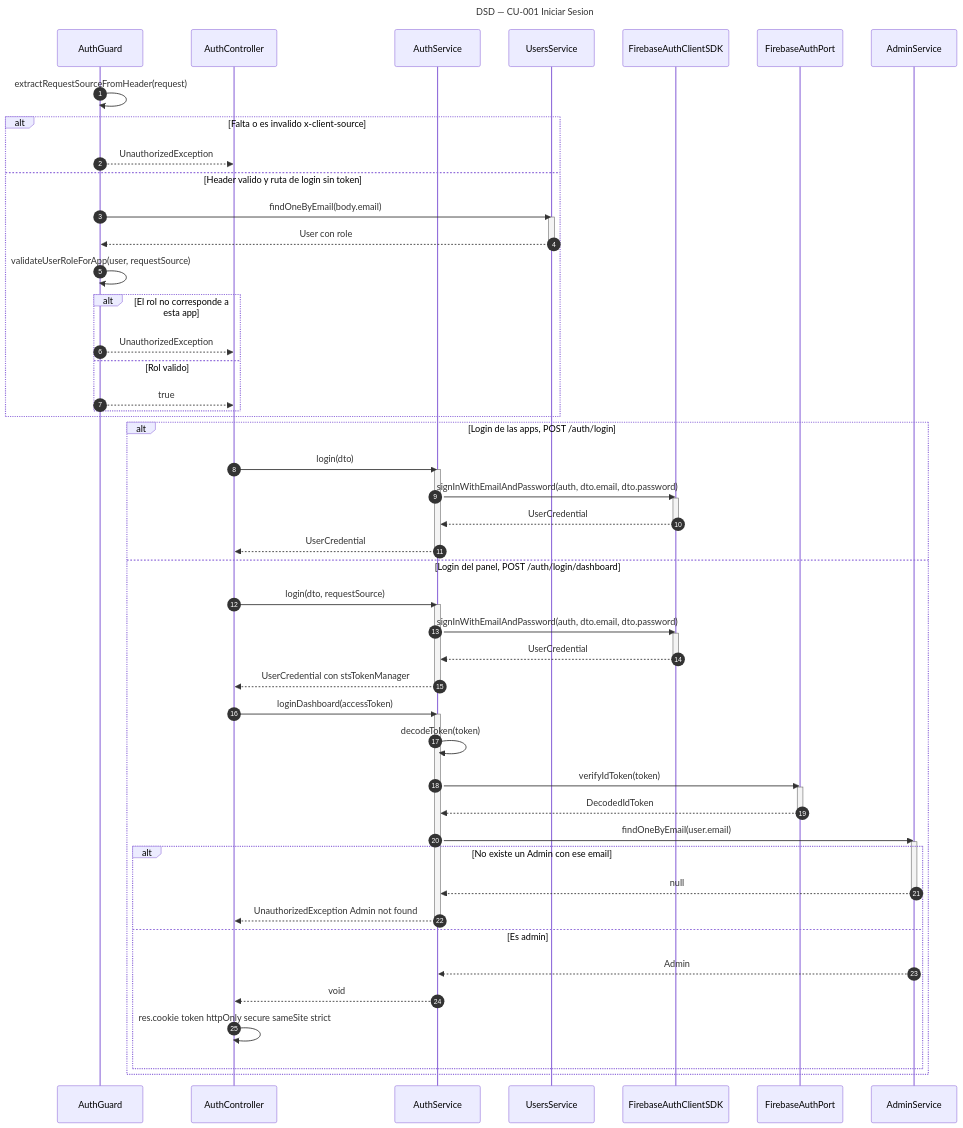
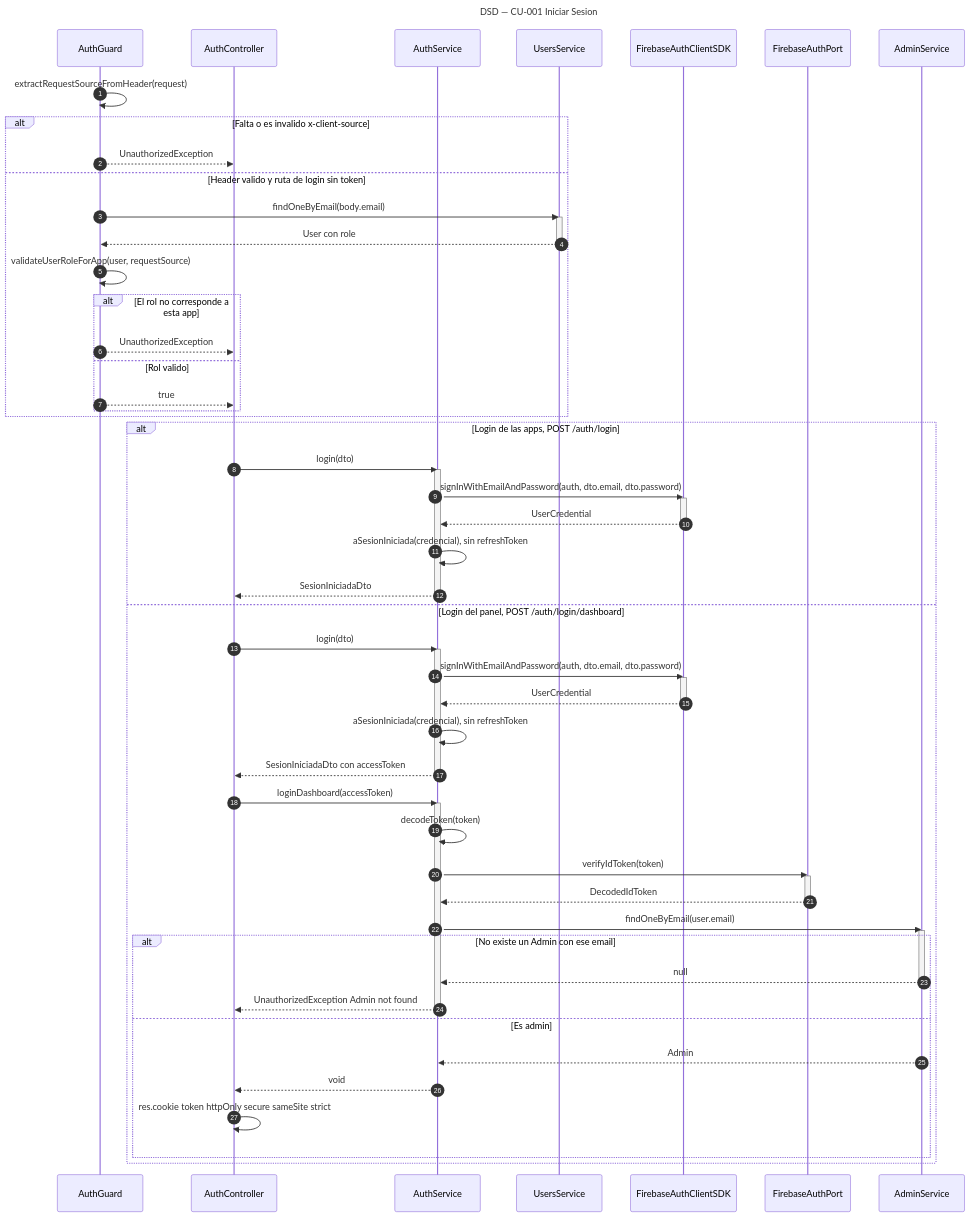
Before and after one commit to Nahuelito-Dev/splg-docs: the diagram in diagramas/DSD_CU-001_Iniciar-Sesion.mmd, drawn with Mermaid. The commit also changed 3 other files, not shown here.

Commit message:
docs(dsd): CU-001 y CU-091 al dia con el login que devuelve SesionIniciadaDto

```diff
--- a/diagramas/DSD_CU-001_Iniciar-Sesion.mmd
+++ b/diagramas/DSD_CU-001_Iniciar-Sesion.mmd
@@ -1,65 +1,67 @@
 sequenceDiagram
     title DSD — CU-001 Iniciar Sesion
     autonumber
     participant GUARD as AuthGuard
     participant CTRL as AuthController
     participant SRV as AuthService
     participant USR as UsersService
     participant SDK as FirebaseAuthClientSDK
     participant FB as FirebaseAuthPort
     participant ADM as AdminService
 
     GUARD->>GUARD: extractRequestSourceFromHeader(request)
     alt Falta o es invalido x-client-source
         GUARD-->>CTRL: UnauthorizedException
     else Header valido y ruta de login sin token
         GUARD->>USR: findOneByEmail(body.email)
         activate USR
         USR-->>GUARD: User con role
         deactivate USR
         GUARD->>GUARD: validateUserRoleForApp(user, requestSource)
         alt El rol no corresponde a esta app
             GUARD-->>CTRL: UnauthorizedException
         else Rol valido
             GUARD-->>CTRL: true
         end
     end
 
     alt Login de las apps, POST /auth/login
         CTRL->>SRV: login(dto)
         activate SRV
         SRV->>SDK: signInWithEmailAndPassword(auth, dto.email, dto.password)
         activate SDK
         SDK-->>SRV: UserCredential
         deactivate SDK
-        SRV-->>CTRL: UserCredential
+        SRV->>SRV: aSesionIniciada(credencial), sin refreshToken
+        SRV-->>CTRL: SesionIniciadaDto
         deactivate SRV
     else Login del panel, POST /auth/login/dashboard
-        CTRL->>SRV: login(dto, requestSource)
+        CTRL->>SRV: login(dto)
         activate SRV
         SRV->>SDK: signInWithEmailAndPassword(auth, dto.email, dto.password)
         activate SDK
         SDK-->>SRV: UserCredential
         deactivate SDK
-        SRV-->>CTRL: UserCredential con stsTokenManager
+        SRV->>SRV: aSesionIniciada(credencial), sin refreshToken
+        SRV-->>CTRL: SesionIniciadaDto con accessToken
         deactivate SRV
         CTRL->>SRV: loginDashboard(accessToken)
         activate SRV
         SRV->>SRV: decodeToken(token)
         SRV->>FB: verifyIdToken(token)
         activate FB
         FB-->>SRV: DecodedIdToken
         deactivate FB
         SRV->>ADM: findOneByEmail(user.email)
         activate ADM
         alt No existe un Admin con ese email
             ADM-->>SRV: null
             deactivate ADM
             SRV-->>CTRL: UnauthorizedException Admin not found
             deactivate SRV
         else Es admin
             ADM-->>SRV: Admin
             SRV-->>CTRL: void
             CTRL->>CTRL: res.cookie token httpOnly secure sameSite strict
         end
     end
```
